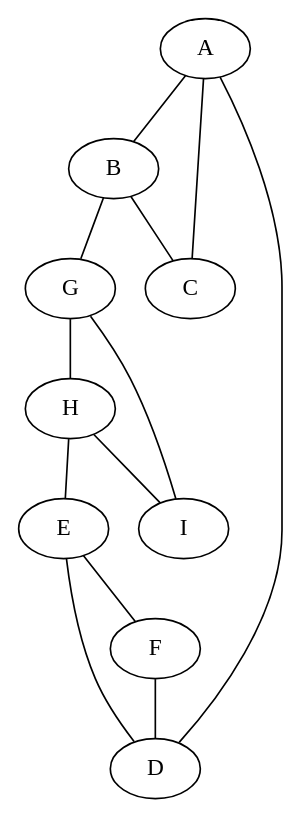
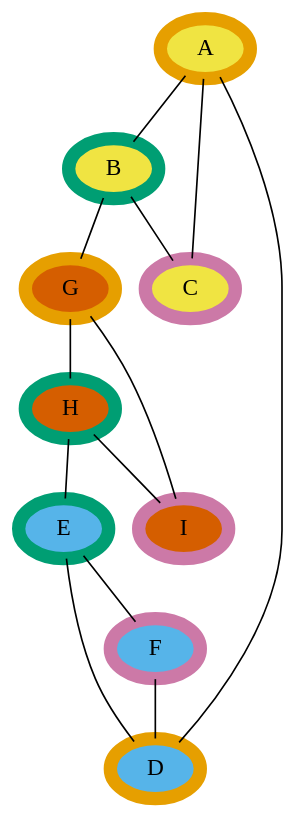
Before and after one commit to mikemol/mikemol.github.io: the fifth of 6 diagrams in _drafts/graphviz-dot-basics.md, drawn with Graphviz. The commit also changed other lines of this file, not shown here.

````diff
--- a/_drafts/graphviz-dot-basics.md
+++ b/_drafts/graphviz-dot-basics.md
@@ -71,19 +71,29 @@
 ```dot
 graph {
+    A [style="filled" fillcolor="#F0E442" color="#E69F00" penwidth=8]
+    B [style="filled" fillcolor="#F0E442" color="#009E73" penwidth=8]
+    C [style="filled" fillcolor="#F0E442" color="#CC79A7" penwidth=8]
+    D [style="filled" fillcolor="#56B4E9" color="#E69F00" penwidth=8]
+    E [style="filled" fillcolor="#56B4E9" color="#009E73" penwidth=8]
+    F [style="filled" fillcolor="#56B4E9" color="#CC79A7" penwidth=8]
+    G [style="filled" fillcolor="#D55E00" color="#E69F00" penwidth=8]
+    H [style="filled" fillcolor="#D55E00" color="#009E73" penwidth=8]
+    I [style="filled" fillcolor="#D55E00" color="#CC79A7" penwidth=8]
+
     A -- B
     B -- C
     C -- A
 
     D -- E
     E -- F
     F -- D
 
     G -- H
     H -- I
     I -- G
 
     A -- D
     B -- G
     H -- E
 }
 ```
````
